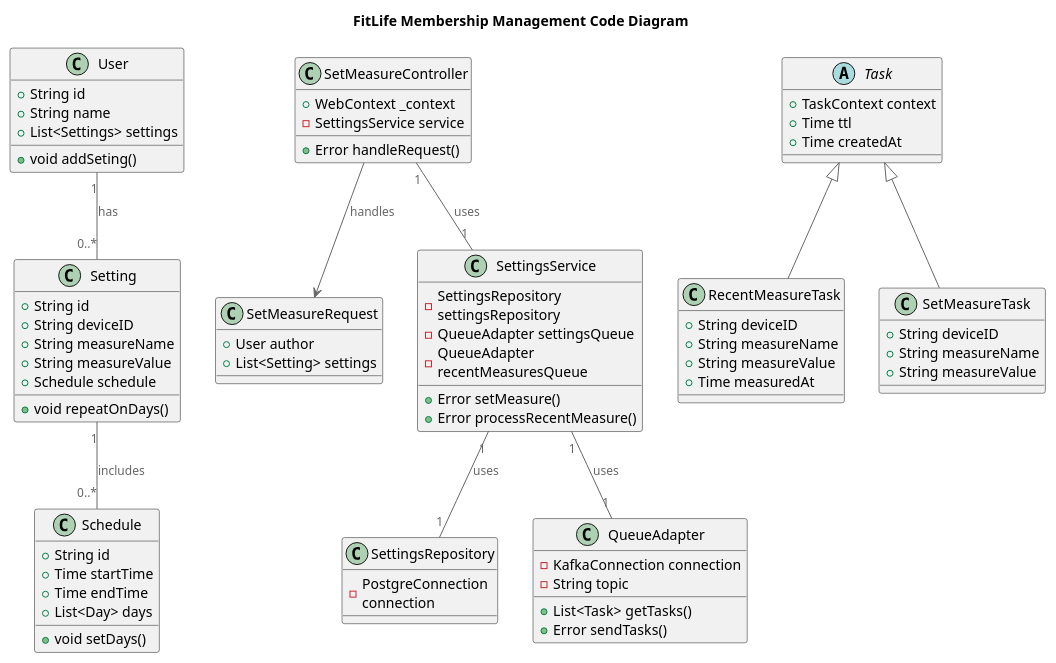
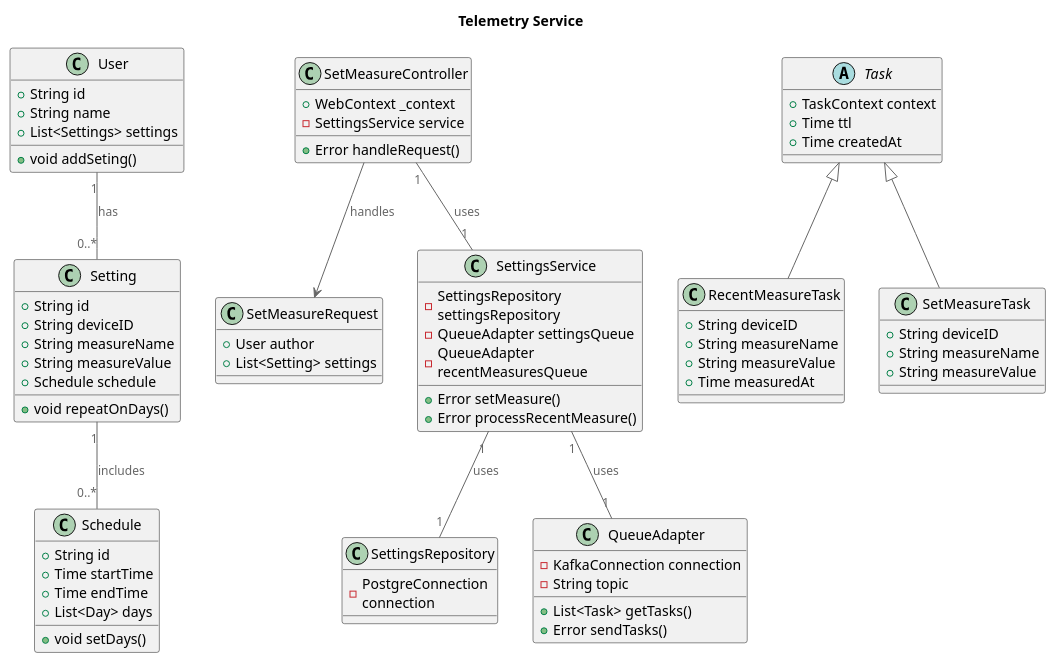
Before and after one commit to a-gataullin/architecture-sprint-3: the diagram in c4-telemetry-service.puml, drawn with PlantUML. The commit also changed 4 other files, not shown here.

Commit message:
added diagrams and readme

```diff
--- a/c4-telemetry-service.puml
+++ b/c4-telemetry-service.puml
@@ -1,92 +1,92 @@
-@startuml c4-devices-settings
-title FitLife Membership Management Code Diagram
+@startuml c4-telemetry-service
+title Telemetry Service
 
 top to bottom direction
 
 !includeurl https://raw.githubusercontent.com/RicardoNiepel/C4-PlantUML/master/C4_Component.puml
 
 class User {
   +String id 
   +String name
   +List<Settings> settings
   +void addSeting()
 }
 
 User "1" -- "0..*" Setting : has
 
 class Setting {
   +String id
   +String deviceID
   +String measureName
   +String measureValue
   +Schedule schedule
   +void repeatOnDays()
 }
 
 Setting "1" -- "0..*" Schedule : includes
 
 class Schedule {
   +String id
   +Time startTime
   +Time endTime
   +List<Day> days
   +void setDays()
 }
 
 class SetMeasureRequest {
   +User author
   +List<Setting> settings
 }
 
 SetMeasureController --> SetMeasureRequest : handles
 
 class SetMeasureController {
   +WebContext _context
   -SettingsService service
   +Error handleRequest()
 }
 
 SetMeasureController "1" -- "1" SettingsService : uses
 
 class SettingsService {
   -SettingsRepository settingsRepository
   -QueueAdapter settingsQueue
   -QueueAdapter recentMeasuresQueue
   +Error setMeasure()
   +Error processRecentMeasure()
 }
 
 SettingsService "1" -- "1" SettingsRepository : uses
 SettingsService "1" -- "1" QueueAdapter : uses
 
 class SettingsRepository {
   -PostgreConnection connection
 }
 
 class QueueAdapter {
   -KafkaConnection connection
   -String topic
   +List<Task> getTasks()
   +Error sendTasks()
 }
 
 abstract class Task {
   +TaskContext context
   +Time ttl
   +Time createdAt
 }
 
 class RecentMeasureTask extends Task {
   +String deviceID
   +String measureName
   +String measureValue
   +Time measuredAt
 }
 
 class SetMeasureTask extends Task {
   +String deviceID
   +String measureName
   +String measureValue
 }
 
 @enduml
```
